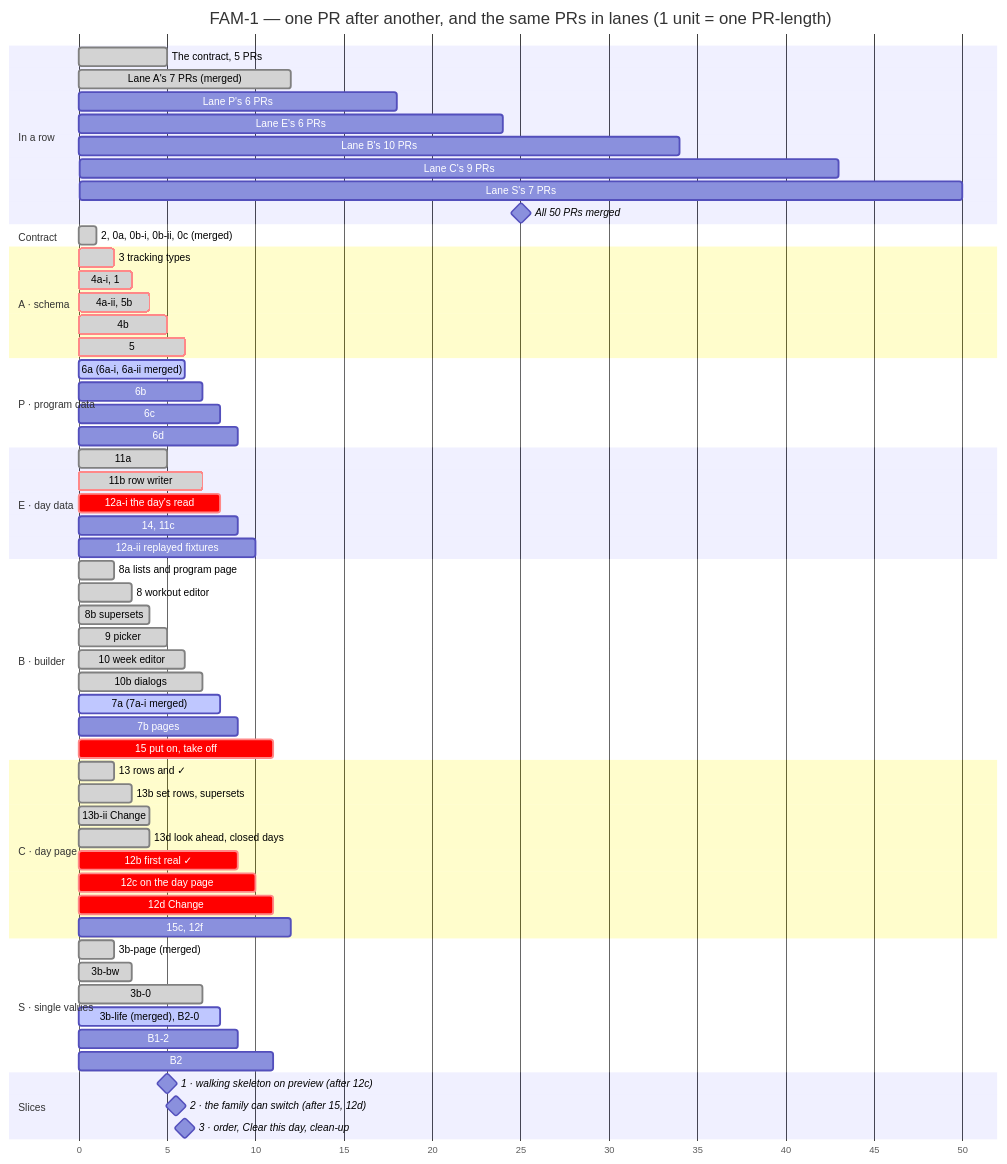
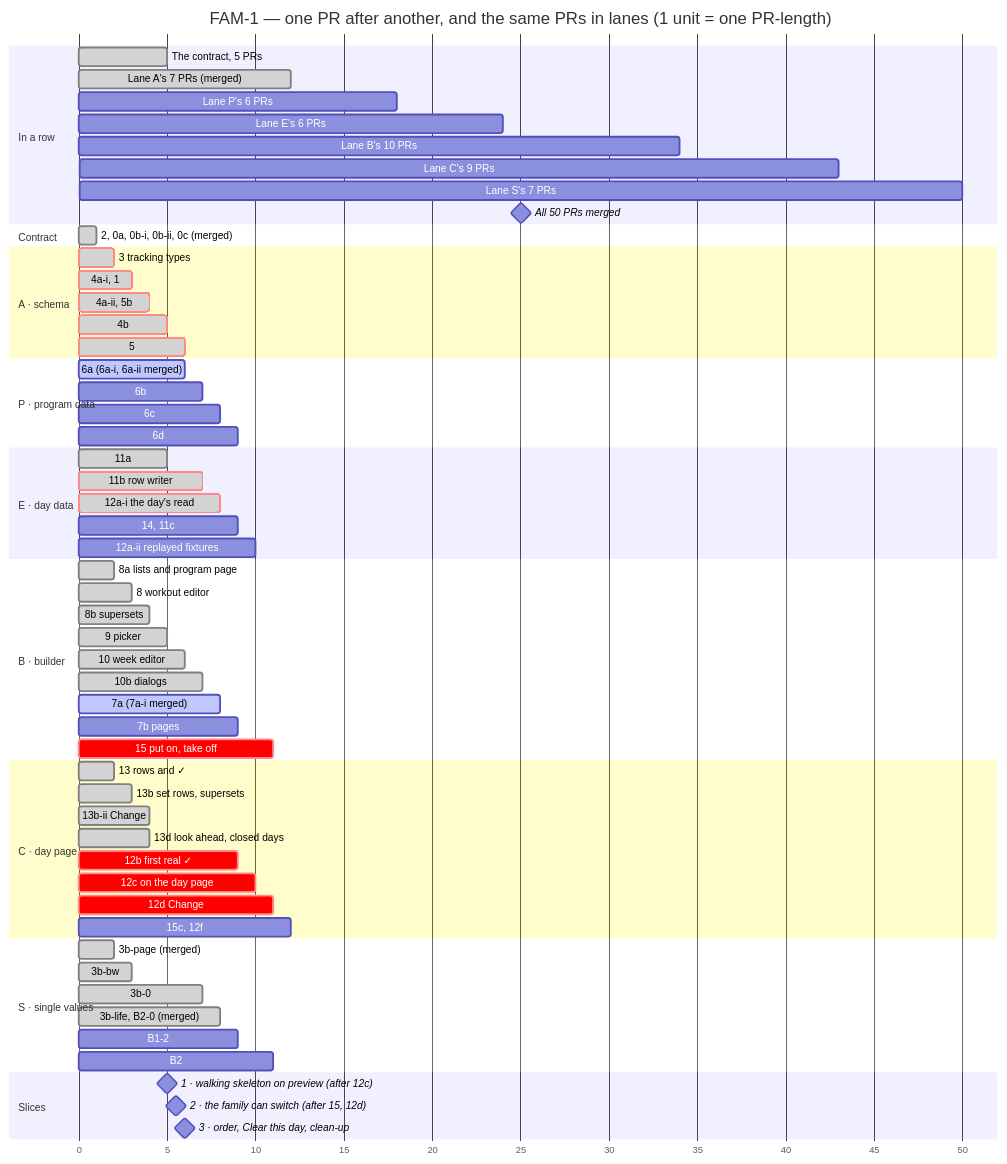
One commit to ralamode/mat-plan changed the second of 2 diagrams in docs/milestones/fam-1-family-program.md. Above: the diagram before and after it, drawn with Mermaid. The commit also changed other lines of this file and 1 other file, not shown here.

Commit message:
docs(fam-1): the page's read of today, an edit not a new file, one queue; milestone at 33 of 50

````diff
--- a/docs/milestones/fam-1-family-program.md
+++ b/docs/milestones/fam-1-family-program.md
@@ -258,74 +258,74 @@
 ```mermaid
 gantt
   title FAM-1 — one PR after another, and the same PRs in lanes (1 unit = one PR-length)
   dateFormat X
   axisFormat %s
   todayMarker off
 
   section In a row
   The contract, 5 PRs          :done, r0, 0, 5
   Lane A's 7 PRs (merged)      :done, r1, 5, 12
   Lane P's 6 PRs               :r2, 12, 18
   Lane E's 6 PRs               :r3, 18, 24
   Lane B's 10 PRs              :r4, 24, 34
   Lane C's 9 PRs               :r5, 34, 43
   Lane S's 7 PRs               :r6, 43, 50
   All 50 PRs merged            :milestone, rm, 50, 50
 
   section Contract
   2, 0a, 0b-i, 0b-ii, 0c (merged) :done, c0, 0, 1
 
   section A · schema
   3 tracking types             :crit, done, a1, 1, 2
   4a-i, 1                      :crit, done, a2, 2, 3
   4a-ii, 5b                    :crit, done, a3, 3, 4
   4b                           :crit, done, a4, 4, 5
   5                            :crit, done, a5, 5, 6
 
   section P · program data
   6a (6a-i, 6a-ii merged)      :active, p1, 5, 6
   6b                           :p2, 6, 7
   6c                           :p3, 7, 8
   6d                           :p4, 8, 9
 
   section E · day data
   11a                          :done, e1, 4, 5
   11b row writer               :crit, done, e2, 5, 7
-  12a-i the day's read         :crit, e3, 7, 8
+  12a-i the day's read         :crit, done, e3, 7, 8
   14, 11c                      :e4, 8, 9
   12a-ii replayed fixtures     :e5, 9, 10
 
   section B · builder
   8a lists and program page    :done, b1, 1, 2
   8 workout editor             :done, b2, 2, 3
   8b supersets                 :done, b3, 3, 4
   9 picker                     :done, b4, 4, 5
   10 week editor               :done, b5, 5, 6
   10b dialogs                  :done, b6, 6, 7
   7a (7a-i merged)             :active, b7, 7, 8
   7b pages                     :b8, 8, 9
   15 put on, take off          :crit, b9, 10, 11
 
   section C · day page
   13 rows and ✓                :done, c1, 1, 2
   13b set rows, supersets      :done, c2, 2, 3
   13b-ii Change                :done, c2b, 3, 4
   13d look ahead, closed days  :done, c3, 3, 4
   12b first real ✓             :crit, c4, 8, 9
   12c on the day page          :crit, c5, 9, 10
   12d Change                   :crit, c6, 10, 11
   15c, 12f                     :c7, 11, 12
 
   section S · single values
   3b-page (merged)             :done, s1, 1, 2
   3b-bw                        :done, s2, 2, 3
   3b-0                         :done, s3, 6, 7
-  3b-life (merged), B2-0       :active, s4, 7, 8
+  3b-life, B2-0 (merged)       :done, s4, 7, 8
   B1-2                         :s5, 8, 9
   B2                           :s6, 10, 11
 
   section Slices
   1 · walking skeleton on preview (after 12c) :milestone, m1, 10, 10
   2 · the family can switch (after 15, 12d)   :milestone, m2, 11, 11
   3 · order, Clear this day, clean-up         :milestone, m3, 12, 12
 ```
````
